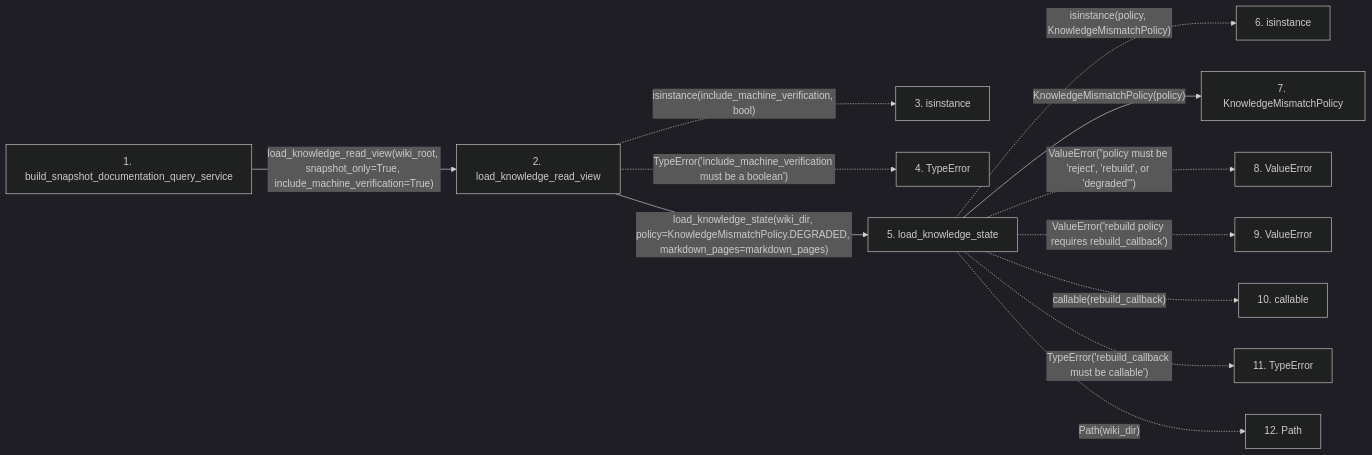
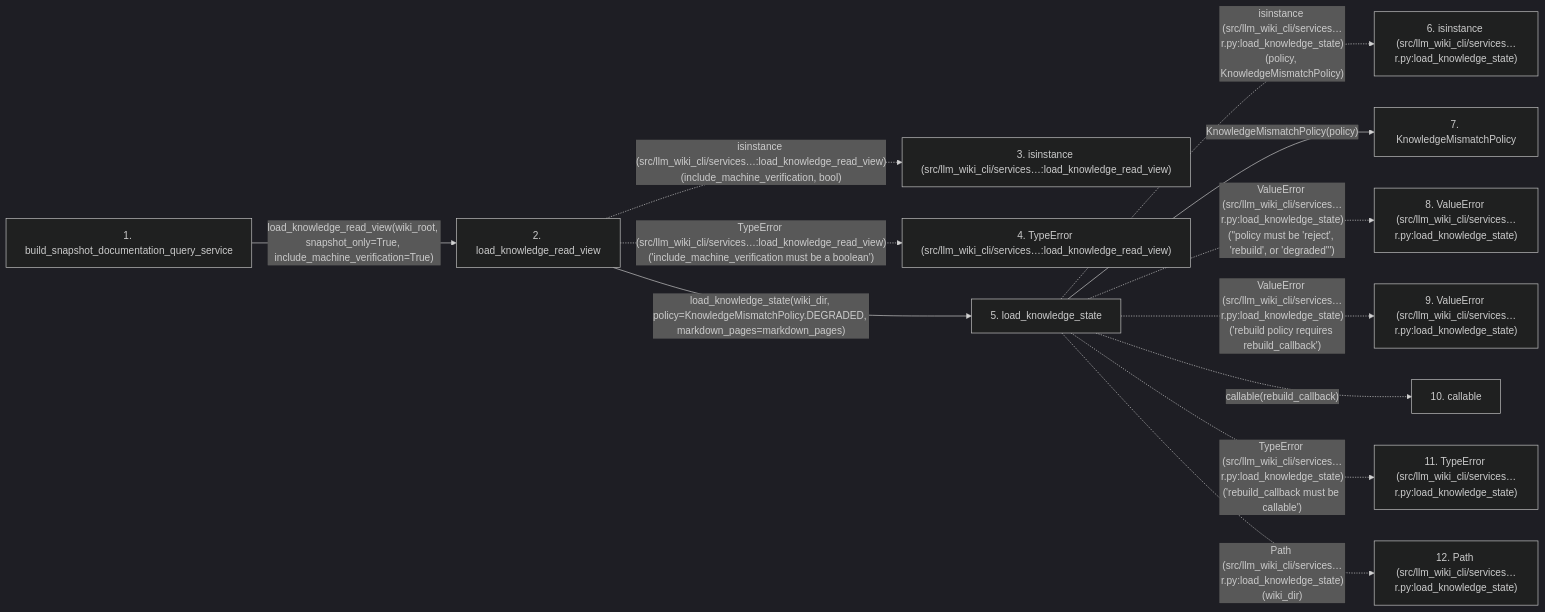
Before and after one commit to Denissvgn/python-wiki-llm: the second of 2 diagrams in docs/llm_wiki/flows/api-build_snapshot_documentation_query_service.md, drawn with Mermaid (dark theme). The commit also changed other lines of this file and 719 other files, not shown here.

````diff
--- a/docs/llm_wiki/flows/api-build_snapshot_documentation_query_service.md
+++ b/docs/llm_wiki/flows/api-build_snapshot_documentation_query_service.md
@@ -96,30 +100,30 @@
 ```mermaid
 flowchart LR
     s1["1. build_snapshot_documentation_query_service"]
     s2["2. load_knowledge_read_view"]
-    s3["3. isinstance"]
-    s4["4. TypeError"]
+    s3["3. isinstance (src/llm_wiki_cli/services…:load_knowledge_read_view)"]
+    s4["4. TypeError (src/llm_wiki_cli/services…:load_knowledge_read_view)"]
     s5["5. load_knowledge_state"]
-    s6["6. isinstance"]
+    s6["6. isinstance (src/llm_wiki_cli/services…r.py:load_knowledge_state)"]
     s7["7. KnowledgeMismatchPolicy"]
-    s8["8. ValueError"]
-    s9["9. ValueError"]
+    s8["8. ValueError (src/llm_wiki_cli/services…r.py:load_knowledge_state)"]
+    s9["9. ValueError (src/llm_wiki_cli/services…r.py:load_knowledge_state)"]
     s10["10. callable"]
-    s11["11. TypeError"]
-    s12["12. Path"]
+    s11["11. TypeError (src/llm_wiki_cli/services…r.py:load_knowledge_state)"]
+    s12["12. Path (src/llm_wiki_cli/services…r.py:load_knowledge_state)"]
     s1 -->|"load_knowledge_read_view(wiki_root, snapshot_only=True, include_machine_verification=True)"| s2
-    s2 -. "isinstance(include_machine_verification, bool)" .-> s3
-    s2 -. "TypeError('include_machine_verification must be a boolean')" .-> s4
+    s2 -. "isinstance (src/llm_wiki_cli/services…:load_knowledge_read_view)(include_machine_verification, bool)" .-> s3
+    s2 -. "TypeError (src/llm_wiki_cli/services…:load_knowledge_read_view)('include_machine_verification must be a boolean')" .-> s4
     s2 -->|"load_knowledge_state(wiki_dir, policy=KnowledgeMismatchPolicy.DEGRADED, markdown_pages=markdown_pages)"| s5
-    s5 -. "isinstance(policy, KnowledgeMismatchPolicy)" .-> s6
+    s5 -. "isinstance (src/llm_wiki_cli/services…r.py:load_knowledge_state)(policy, KnowledgeMismatchPolicy)" .-> s6
     s5 -->|"KnowledgeMismatchPolicy(policy)"| s7
-    s5 -. "ValueError(#34;policy must be 'reject', 'rebuild', or 'degraded'#34;)" .-> s8
-    s5 -. "ValueError('rebuild policy requires rebuild_callback')" .-> s9
+    s5 -. "ValueError (src/llm_wiki_cli/services…r.py:load_knowledge_state)(#34;policy must be 'reject', 'rebuild', or 'degraded'#34;)" .-> s8
+    s5 -. "ValueError (src/llm_wiki_cli/services…r.py:load_knowledge_state)('rebuild policy requires rebuild_callback')" .-> s9
     s5 -. "callable(rebuild_callback)" .-> s10
-    s5 -. "TypeError('rebuild_callback must be callable')" .-> s11
-    s5 -. "Path(wiki_dir)" .-> s12
+    s5 -. "TypeError (src/llm_wiki_cli/services…r.py:load_knowledge_state)('rebuild_callback must be callable')" .-> s11
+    s5 -. "Path (src/llm_wiki_cli/services…r.py:load_knowledge_state)(wiki_dir)" .-> s12
     click s1 "../modules/documentation_query_builder.md"
     click s2 "../modules/knowledge_consumption.md"
     click s5 "../modules/knowledge_loader.md"
     click s7 "../modules/knowledge_loader.md"
 ```
````
